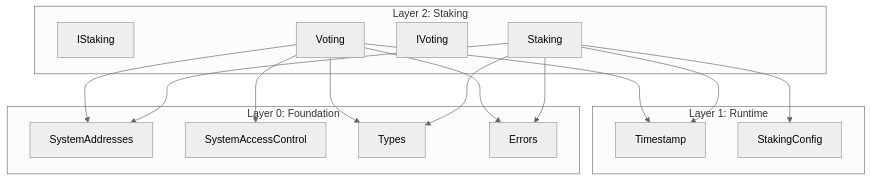
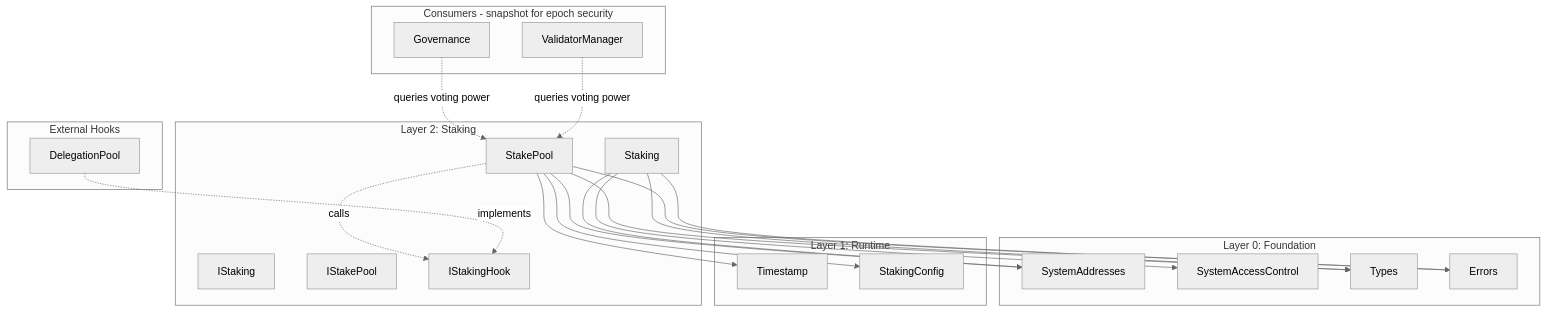
The diagram in spec_v2/staking.spec.md (Galxe/gravity_chain_core_contracts), drawn with Mermaid (neutral theme) before and after one commit. The commit also changed other lines of this file and 11 other files, not shown here.

````diff
--- a/spec_v2/staking.spec.md
+++ b/spec_v2/staking.spec.md
@@ -53,33 +78,48 @@
 ```mermaid
 graph TD
     subgraph Foundation[Layer 0: Foundation]
         SA[SystemAddresses]
         SAC[SystemAccessControl]
         T[Types]
         E[Errors]
     end
-    
+
     subgraph Runtime[Layer 1: Runtime]
         TS[Timestamp]
         SC[StakingConfig]
     end
-    
+
     subgraph Staking[Layer 2: Staking]
         IS[IStaking]
         S[Staking]
-        IV[IVoting]
-        V[Voting]
+        ISP[IStakePool]
+        SP[StakePool]
+        ISH[IStakingHook]
     end
-    
+
+    subgraph Consumers[Consumers - snapshot for epoch security]
+        VM[ValidatorManager]
+        GOV[Governance]
+    end
+
+    subgraph ExternalHooks[External Hooks]
+        DP[DelegationPool]
+    end
+
     S --> SA
+    S --> SAC
     S --> T
     S --> E
-    S --> TS
-    S --> SC
-    
-    V --> SA
-    V --> SAC
-    V --> T
-    V --> E
-    V --> TS
+
+    SP --> SA
+    SP --> T
+    SP --> E
+    SP --> TS
+    SP --> SC
+
+    VM -.->|queries voting power| SP
+    GOV -.->|queries voting power| SP
+
+    DP -.->|implements| ISH
+    SP -.->|calls| ISH
 ```
````
